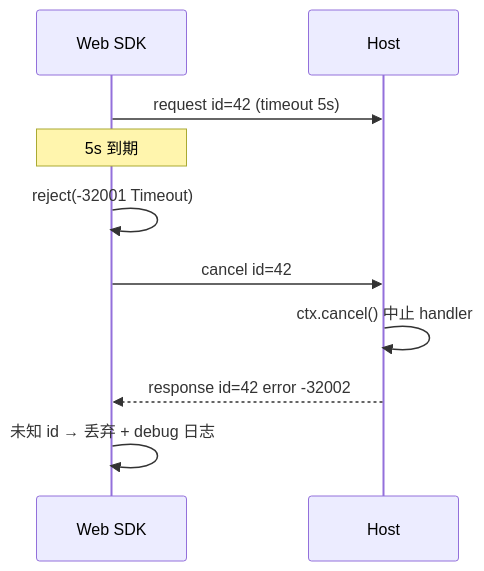
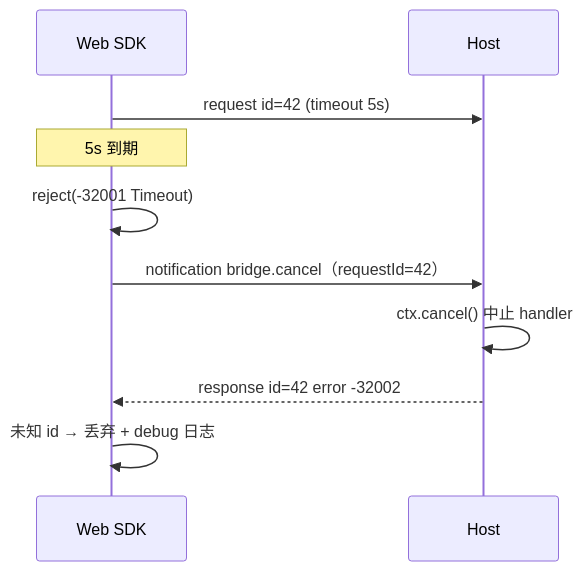
The fourth of 6 diagrams in docs/protocol.md (Josp3r/open-jsbridge), drawn with Mermaid before and after one commit. The commit also changed other lines of this file and 25 other files, not shown here.

````diff
--- a/docs/protocol.md
+++ b/docs/protocol.md
@@ -324,12 +342,12 @@
 ```mermaid
 sequenceDiagram
   participant S as Web SDK
   participant H as Host
   S->>H: request id=42 (timeout 5s)
   Note over S: 5s 到期
   S->>S: reject(-32001 Timeout)
-  S->>H: cancel id=42
+  S->>H: notification bridge.cancel（requestId=42）
   H->>H: ctx.cancel() 中止 handler
   H-->>S: response id=42 error -32002
   S->>S: 未知 id → 丢弃 + debug 日志
 ```
````
